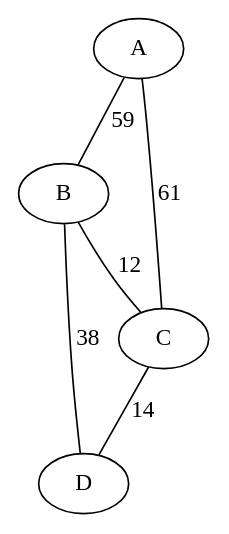
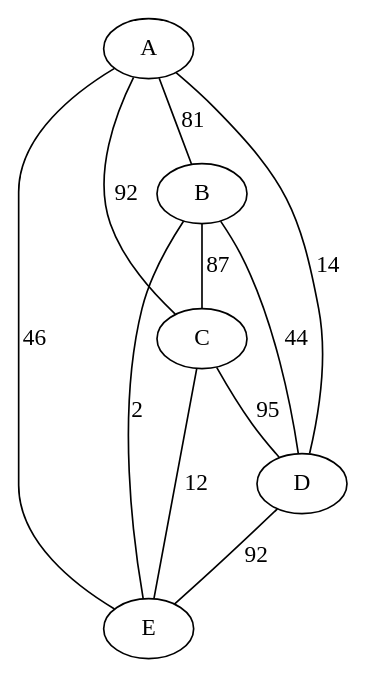
The diagram in graph.dot (ignaciogh33/MeetingPoint), drawn with Graphviz before and after one commit. The commit also changed 7 other files, not shown here.

```diff
--- a/graph.dot
+++ b/graph.dot
@@ -1,11 +1,17 @@
 graph G {
   A;
   B;
   C;
   D;
-  A -- B [label=59];
-  B -- C [label=12];
-  C -- D [label=14];
-  D -- B [label=38];
-  A -- C [label=61];
+  E;
+  A -- B [label=81];
+  B -- C [label=87];
+  C -- D [label=95];
+  D -- E [label=92];
+  B -- D [label=44];
+  E -- C [label=12];
+  A -- D [label=14];
+  C -- A [label=92];
+  B -- E [label=2];
+  A -- E [label=46];
 }
```
